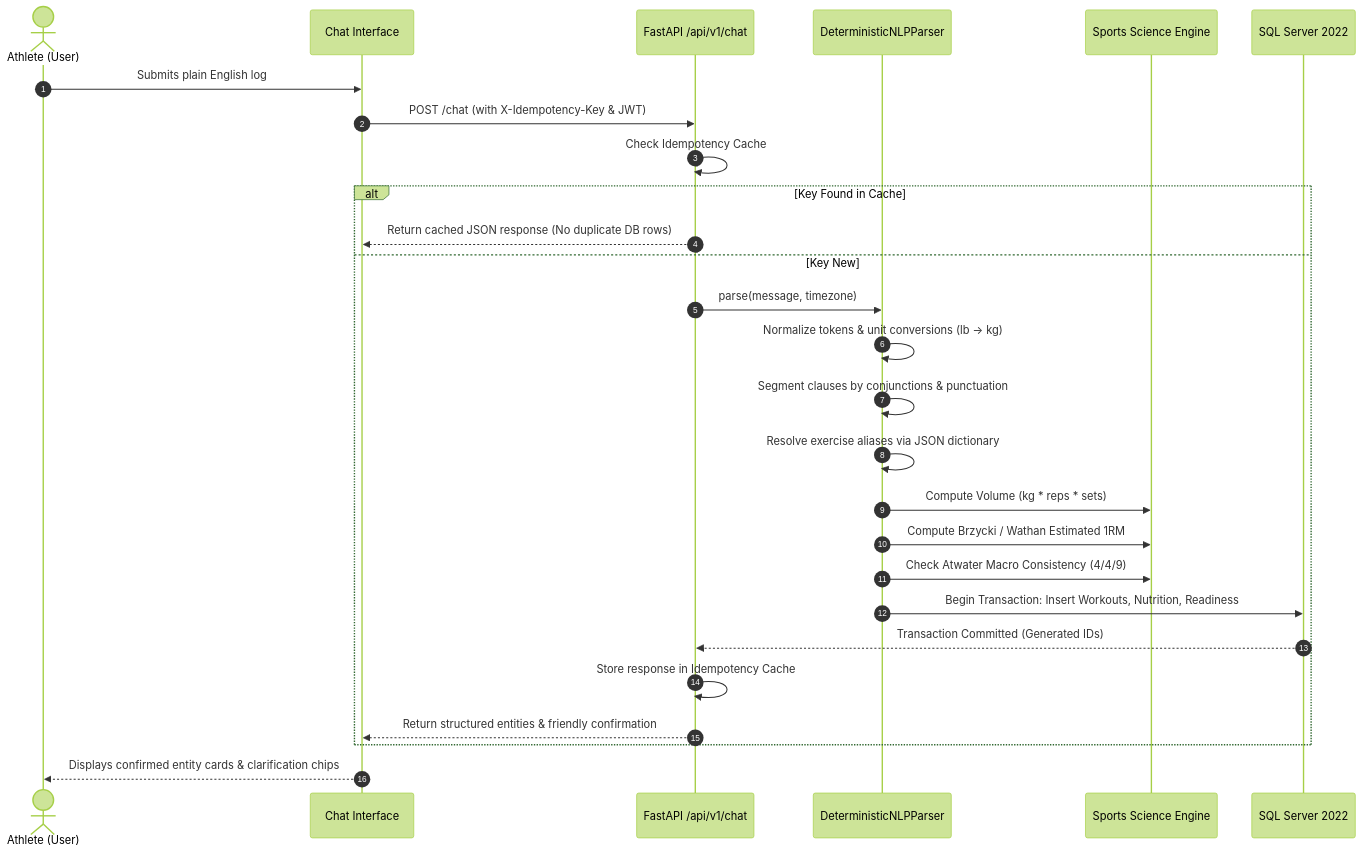
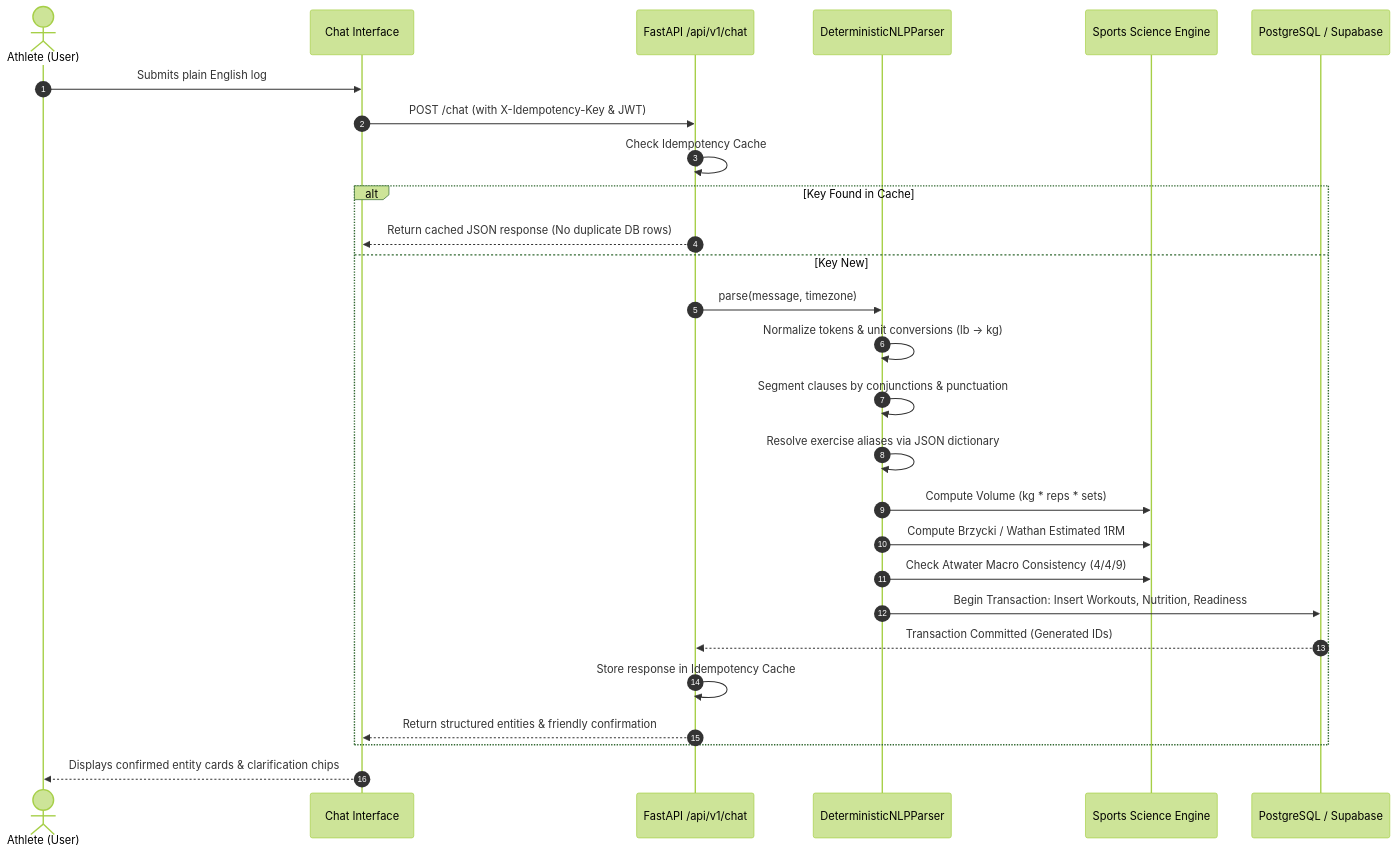
Before and after one commit to souvikbhattacharya729-sketch/MyFitSync: the second of 4 diagrams in docs/ARCHITECTURE.md, drawn with Mermaid (forest theme). The commit also changed other lines of this file and 29 other files, not shown here.

Commit message:
feat(database): migrate Microsoft SQL Server to PostgreSQL 16 and Supabase

````diff
--- a/docs/ARCHITECTURE.md
+++ b/docs/ARCHITECTURE.md
@@ -55,30 +55,30 @@
 ```mermaid
 sequenceDiagram
     autonumber
     actor Athlete as Athlete (User)
     participant ChatUI as Chat Interface
     participant API as FastAPI /api/v1/chat
     participant NLP as DeterministicNLPParser
     participant Science as Sports Science Engine
-    participant DB as SQL Server 2022
+    participant DB as PostgreSQL / Supabase
 
     Athlete->>ChatUI: Submits plain English log
     ChatUI->>API: POST /chat (with X-Idempotency-Key & JWT)
     API->>API: Check Idempotency Cache
     alt Key Found in Cache
         API-->>ChatUI: Return cached JSON response (No duplicate DB rows)
     else Key New
         API->>NLP: parse(message, timezone)
         NLP->>NLP: Normalize tokens & unit conversions (lb -> kg)
         NLP->>NLP: Segment clauses by conjunctions & punctuation
         NLP->>NLP: Resolve exercise aliases via JSON dictionary
         NLP->>Science: Compute Volume (kg * reps * sets)
         NLP->>Science: Compute Brzycki / Wathan Estimated 1RM
         NLP->>Science: Check Atwater Macro Consistency (4/4/9)
         NLP->>DB: Begin Transaction: Insert Workouts, Nutrition, Readiness
         DB-->>API: Transaction Committed (Generated IDs)
         API->>API: Store response in Idempotency Cache
         API-->>ChatUI: Return structured entities & friendly confirmation
     end
     ChatUI-->>Athlete: Displays confirmed entity cards & clarification chips
 ```
````
